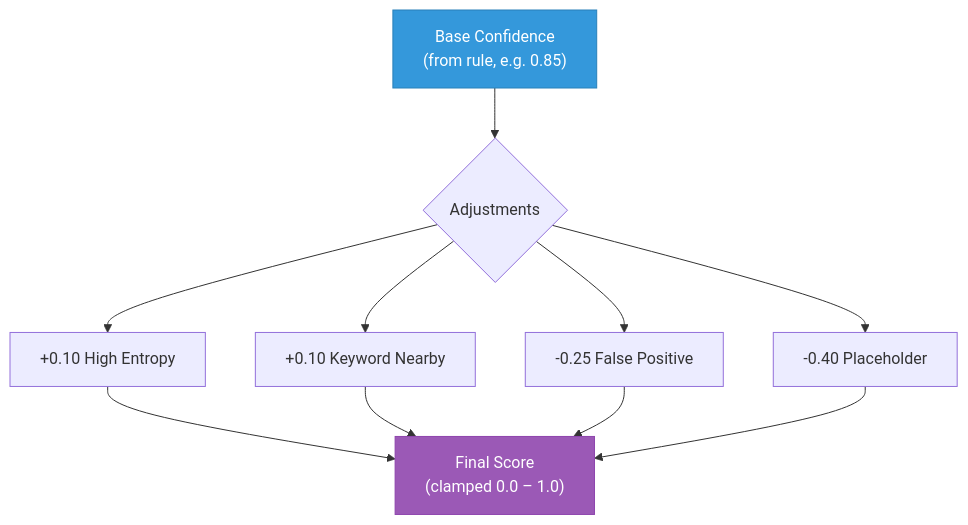
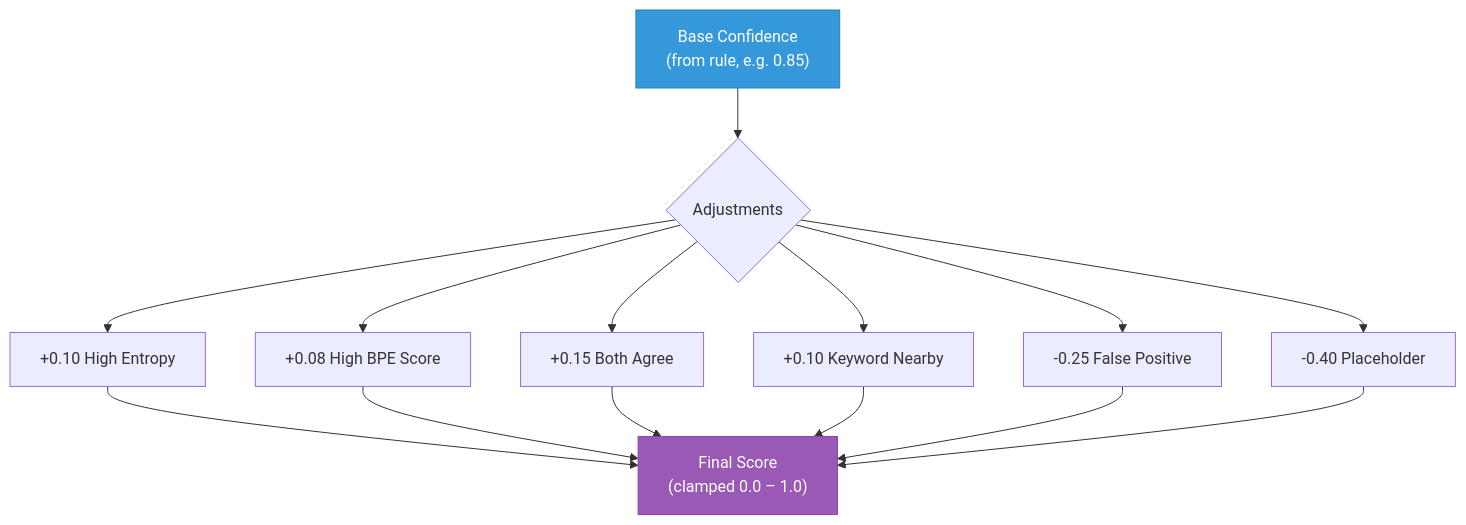
Before and after one commit to svemulapati/CredVigil: the ninth of 40 diagrams in docs/training/01-core-detection-engine.md, drawn with Mermaid. The commit also changed other lines of this file and 8 other files, not shown here.

````diff
--- a/docs/training/01-core-detection-engine.md
+++ b/docs/training/01-core-detection-engine.md
@@ -420,11 +494,13 @@
 ```mermaid
 flowchart TD
     A["Base Confidence\n(from rule, e.g. 0.85)"] --> B{"Adjustments"}
     B --> C["+0.10 High Entropy"]
-    B --> D["+0.10 Keyword Nearby"]
-    B --> E["-0.25 False Positive"]
-    B --> F["-0.40 Placeholder"]
-    C & D & E & F --> G["Final Score\n(clamped 0.0 – 1.0)"]
+    B --> D["+0.08 High BPE Score"]
+    B --> E["+0.15 Both Agree"]
+    B --> F["+0.10 Keyword Nearby"]
+    B --> G["-0.25 False Positive"]
+    B --> H["-0.40 Placeholder"]
+    C & D & E & F & G & H --> I["Final Score\n(clamped 0.0 – 1.0)"]
     style A fill:#3498DB,stroke:#2980B9,color:#fff
-    style G fill:#9B59B6,stroke:#8E44AD,color:#fff
+    style I fill:#9B59B6,stroke:#8E44AD,color:#fff
 ```
````
